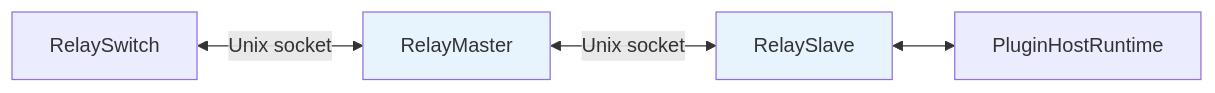
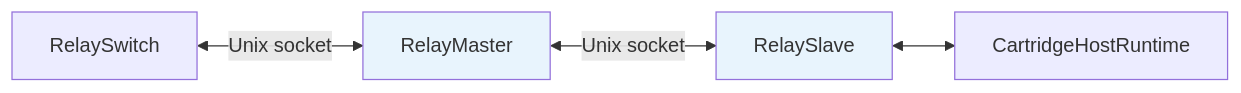
The first of 4 diagrams in docs/14.3-RELAY-TOPOLOGY.md (machinefabric/capns), drawn with Mermaid before and after one commit. The commit also changed other lines of this file and 53 other files, not shown here.

````diff
--- a/docs/14.3-RELAY-TOPOLOGY.md
+++ b/docs/14.3-RELAY-TOPOLOGY.md
@@ -9,9 +9,9 @@
 ```mermaid
 graph LR
     SW["RelaySwitch"] <-->|Unix socket| RM["RelayMaster"]
     RM <-->|Unix socket| RS["RelaySlave"]
-    RS <--> PH["PluginHostRuntime"]
+    RS <--> PH["CartridgeHostRuntime"]
 
     style RM fill:#e8f4fd
     style RS fill:#e8f4fd
 ```
````
